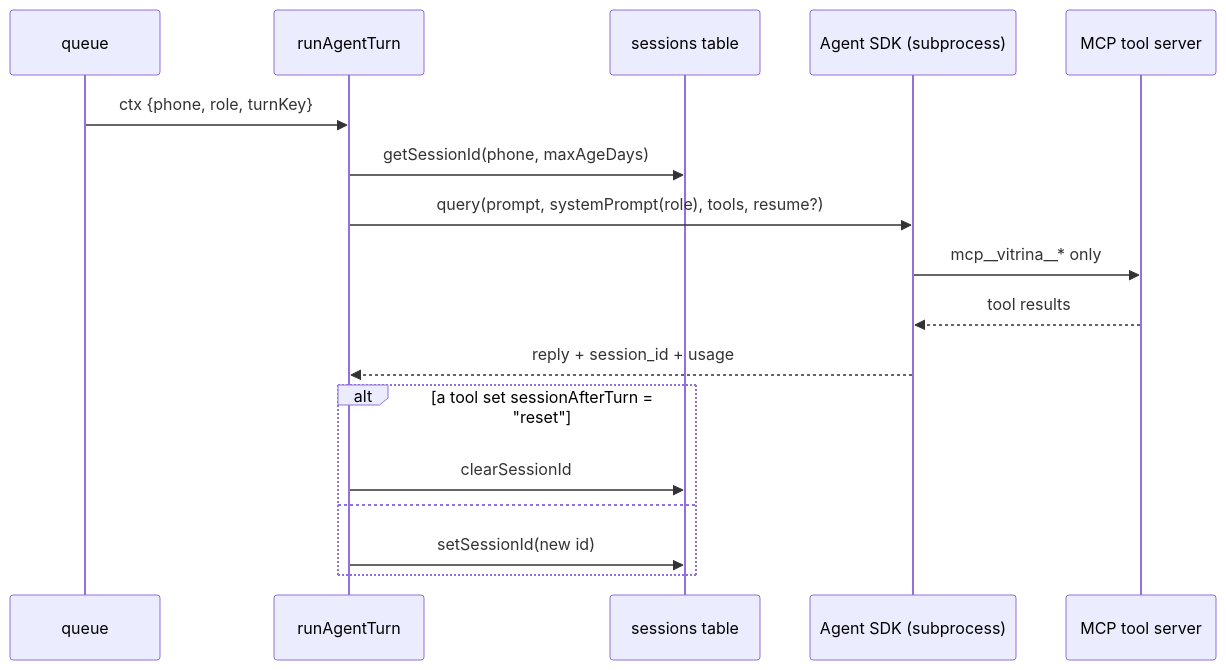
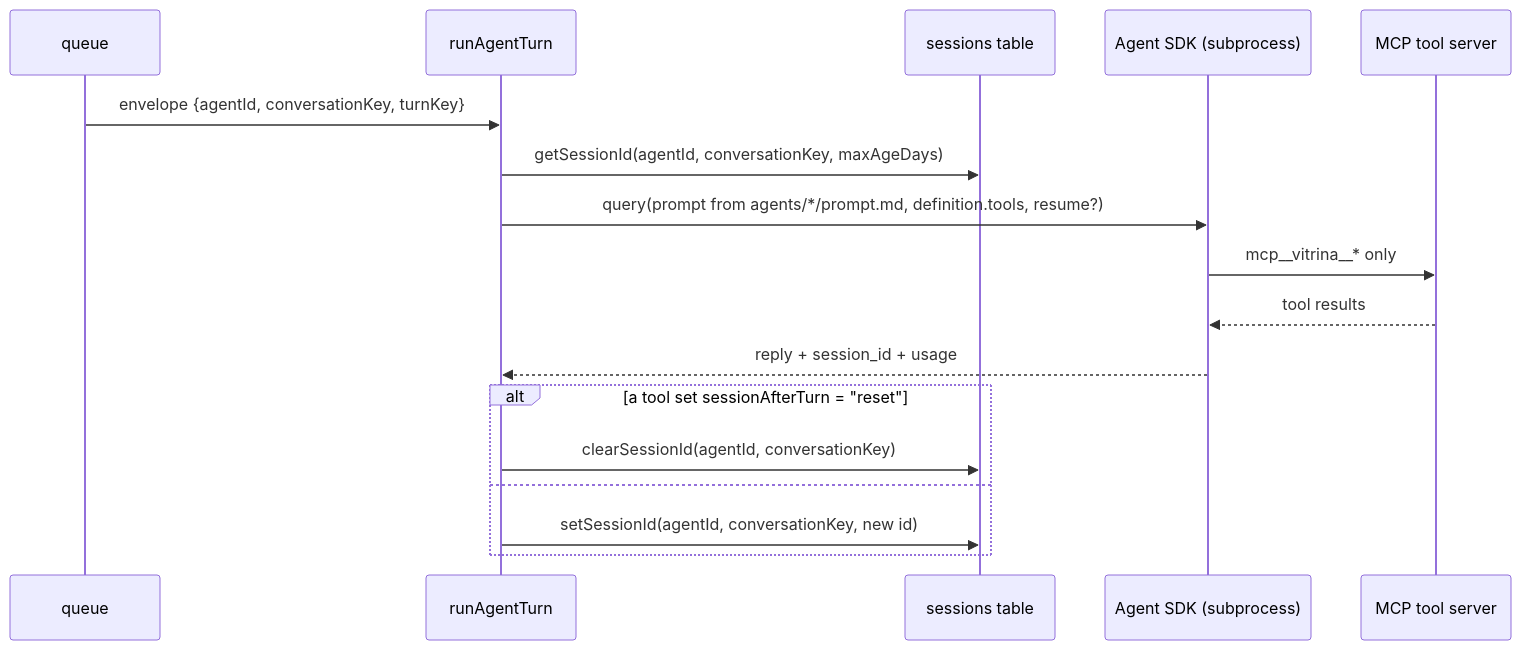
Before and after one commit to santiagoposadag/ShopifyVitrina: the first of 2 diagrams in docs/01-arquitectura/agente-y-sesiones.md, drawn with Mermaid. The commit also changed other lines of this file and 11 other files, not shown here.

````diff
--- a/docs/01-arquitectura/agente-y-sesiones.md
+++ b/docs/01-arquitectura/agente-y-sesiones.md
@@ -3,20 +3,20 @@
 ```mermaid
 sequenceDiagram
     participant Q as queue
     participant RA as runAgentTurn
     participant DB as sessions table
     participant SDK as Agent SDK (subprocess)
     participant TS as MCP tool server
 
-    Q->>RA: ctx {phone, role, turnKey}
-    RA->>DB: getSessionId(phone, maxAgeDays)
-    RA->>SDK: query(prompt, systemPrompt(role), tools, resume?)
+    Q->>RA: envelope {agentId, conversationKey, turnKey}
+    RA->>DB: getSessionId(agentId, conversationKey, maxAgeDays)
+    RA->>SDK: query(prompt from agents/*/prompt.md, definition.tools, resume?)
     SDK->>TS: mcp__vitrina__* only
     TS-->>SDK: tool results
     SDK-->>RA: reply + session_id + usage
     alt a tool set sessionAfterTurn = "reset"
-        RA->>DB: clearSessionId
+        RA->>DB: clearSessionId(agentId, conversationKey)
     else
-        RA->>DB: setSessionId(new id)
+        RA->>DB: setSessionId(agentId, conversationKey, new id)
     end
 ```
````
